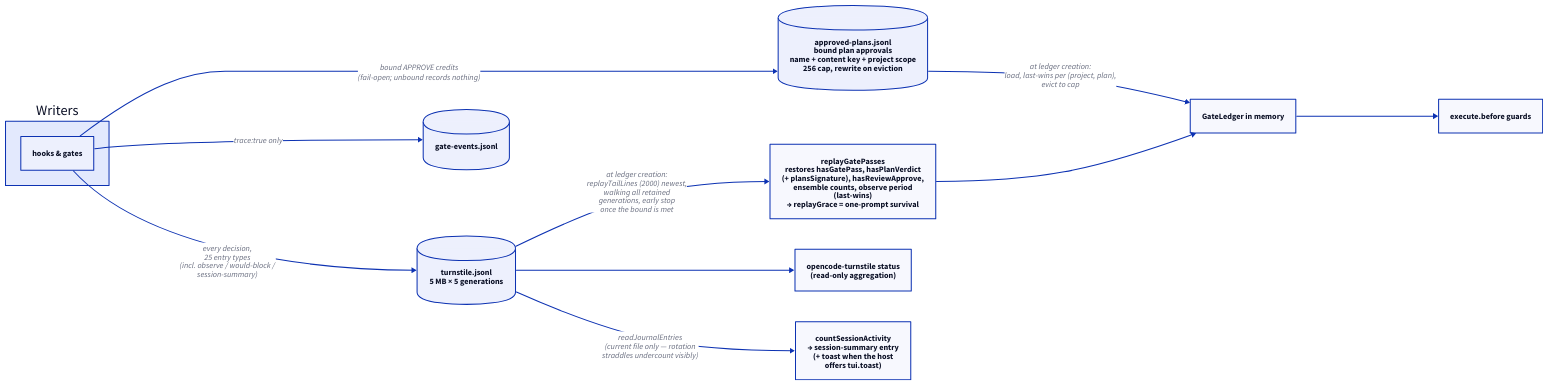
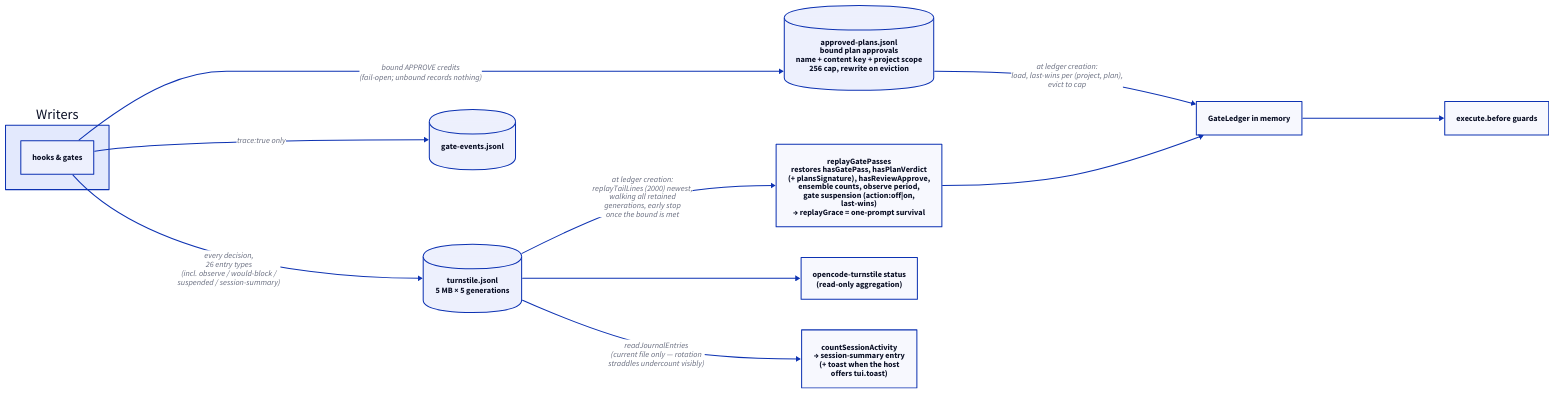
One commit to edseabolt/turnstile changed the diagram in docs/diagrams/d05-persistence.d2. Above: the diagram before and after it, drawn with D2. The commit also changed 18 other files, not shown here.

Commit message:
feat(suspend): TURNSTILE OFF/ON prompt markers with journal replay + skill

```diff
--- a/docs/diagrams/d05-persistence.d2
+++ b/docs/diagrams/d05-persistence.d2
@@ -1,31 +1,31 @@
 direction: right
 
 writers: "Writers" {
   hooks: "hooks & gates"
 }
 
 jsonl: "turnstile.jsonl\n5 MB × 5 generations" {
   shape: cylinder
 }
 trace: "gate-events.jsonl" {
   shape: cylinder
 }
 approval: "approved-plans.jsonl\nbound plan approvals\nname + content key + project scope\n256 cap, rewrite on eviction" {
   shape: cylinder
 }
 
-replay: "replayGatePasses\nrestores hasGatePass, hasPlanVerdict\n(+ plansSignature), hasReviewApprove,\nensemble counts, observe period\n(last-wins)\n→ replayGrace = one-prompt survival"
+replay: "replayGatePasses\nrestores hasGatePass, hasPlanVerdict\n(+ plansSignature), hasReviewApprove,\nensemble counts, observe period,\ngate suspension (action:off|on,\nlast-wins)\n→ replayGrace = one-prompt survival"
 ledger: "GateLedger in memory"
 enforce: "execute.before guards"
 cli: "opencode-turnstile status\n(read-only aggregation)"
 
-writers.hooks -> jsonl: "every decision,\n25 entry types\n(incl. observe / would-block /\nsession-summary)"
+writers.hooks -> jsonl: "every decision,\n26 entry types\n(incl. observe / would-block /\nsuspended / session-summary)"
 writers.hooks -> trace: "trace:true only"
 writers.hooks -> approval: "bound APPROVE credits\n(fail-open; unbound records nothing)"
 approval -> ledger: "at ledger creation:\nload, last-wins per (project, plan),\nevict to cap"
 jsonl -> replay: "at ledger creation:\nreplayTailLines (2000) newest,\nwalking all retained\ngenerations, early stop\nonce the bound is met"
 replay -> ledger
 ledger -> enforce
 jsonl -> cli
 jsonl -> summary: "readJournalEntries\n(current file only — rotation\nstraddles undercount visibly)"
 summary: "countSessionActivity\n→ session-summary entry\n(+ toast when the host\noffers tui.toast)"
```
